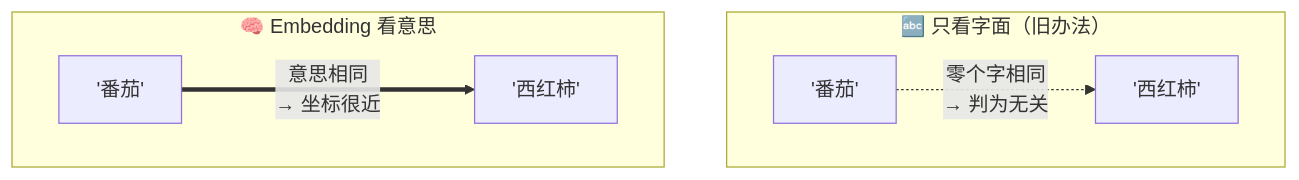
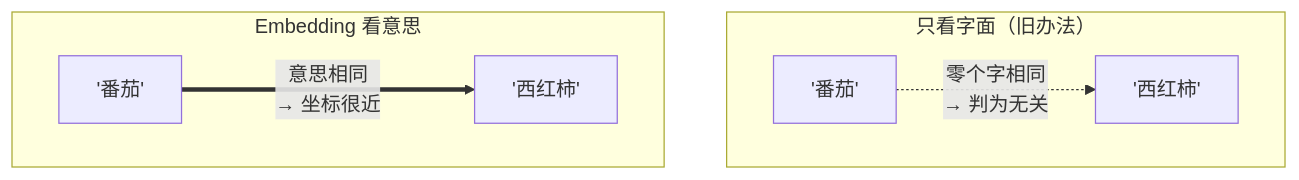
Before and after one commit to luckykhy/KhyAiHub: the sixth of 8 diagrams in docs/02_CONCEPTS_概念入门/CONCEPT/[CONCEPT-09] 什么是Embedding-向量.md, drawn with Mermaid. The commit also changed other lines of this file and 19 other files, not shown here.

````diff
--- a/docs/02_CONCEPTS_概念入门/CONCEPT/[CONCEPT-09] 什么是Embedding-向量.md
+++ b/docs/02_CONCEPTS_概念入门/CONCEPT/[CONCEPT-09] 什么是Embedding-向量.md
@@ -192,9 +192,9 @@
 ```mermaid
 flowchart TB
-  subgraph 字面["🔤 只看字面（旧办法）"]
+  subgraph 字面["只看字面（旧办法）"]
     W1["'番茄'"] -.->|"零个字相同<br/>→ 判为无关"| W2["'西红柿'"]
   end
-  subgraph 语义["🧠 Embedding 看意思"]
+  subgraph 语义["Embedding 看意思"]
     S1["'番茄'"] ===>|"意思相同<br/>→ 坐标很近"| S2["'西红柿'"]
   end
 ```
````
